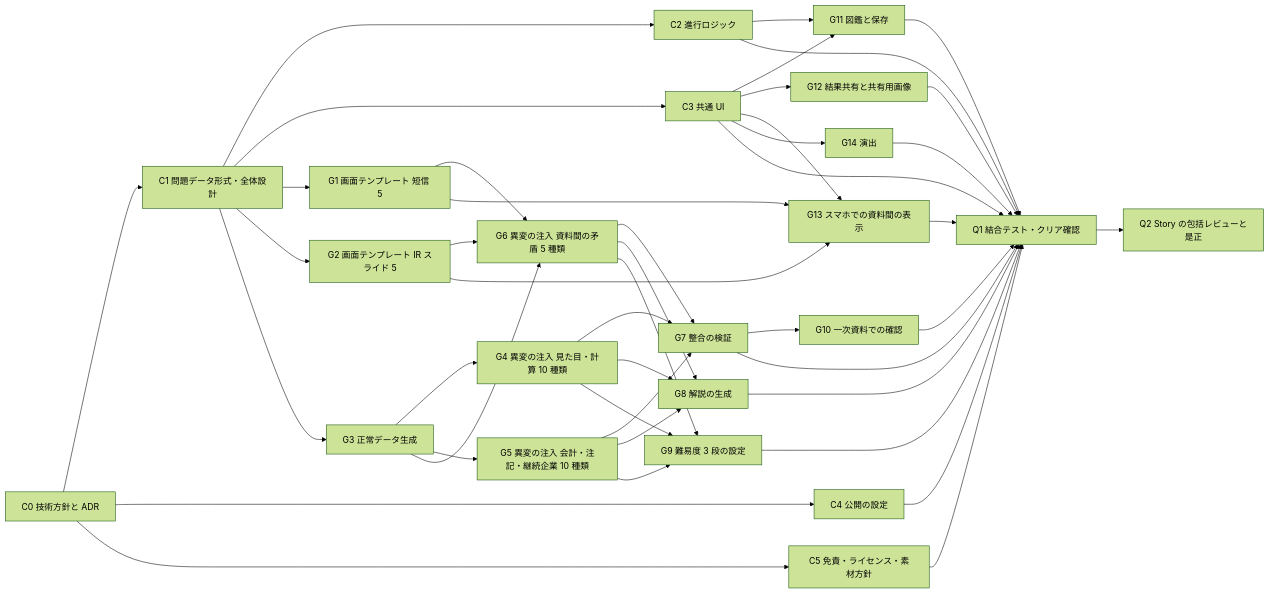
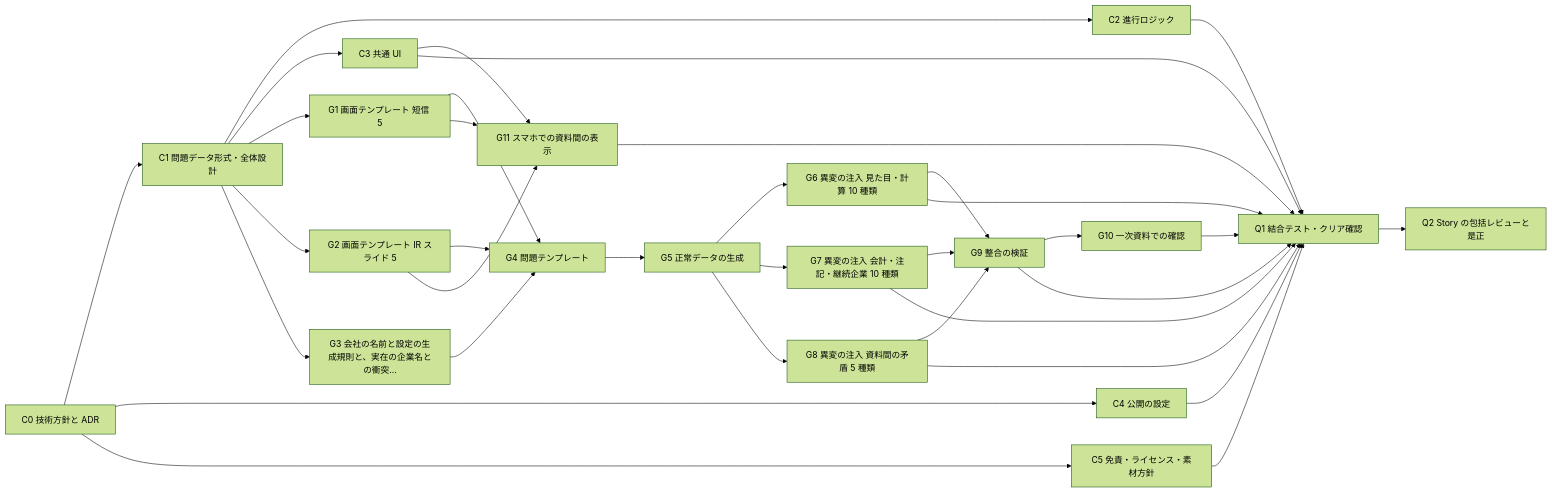
One commit to calliope-pro/kessan-8 changed the third of 3 diagrams in docs/plans/plan-comparison.md. Above: the diagram before and after it, drawn with Mermaid (forest theme). The commit also changed other lines of this file and 1 other file, not shown here.

````diff
--- a/docs/plans/plan-comparison.md
+++ b/docs/plans/plan-comparison.md
@@ -268,68 +273,55 @@
 ```mermaid
 flowchart LR
   CC0["C0 技術方針と ADR"]
   CC1["C1 問題データ形式・全体設計"]
   CC2["C2 進行ロジック"]
   CC3["C3 共通 UI"]
   CC4["C4 公開の設定"]
   CC5["C5 免責・ライセンス・素材方針"]
   CG1["G1 画面テンプレート 短信 5"]
   CG2["G2 画面テンプレート IR スライド 5"]
-  CG3["G3 正常データ生成"]
-  CG4["G4 異変の注入 見た目・計算 10 種類"]
-  CG5["G5 異変の注入 会計・注記・継続企業 10 種類"]
-  CG6["G6 異変の注入 資料間の矛盾 5 種類"]
-  CG7["G7 整合の検証"]
-  CG8["G8 解説の生成"]
-  CG9["G9 難易度 3 段の設定"]
+  CG3["G3 会社の名前と設定の生成規則と、実在の企業名との衝突…"]
+  CG4["G4 問題テンプレート"]
+  CG5["G5 正常データの生成"]
+  CG6["G6 異変の注入 見た目・計算 10 種類"]
+  CG7["G7 異変の注入 会計・注記・継続企業 10 種類"]
+  CG8["G8 異変の注入 資料間の矛盾 5 種類"]
+  CG9["G9 整合の検証"]
   CG10["G10 一次資料での確認"]
-  CG11["G11 図鑑と保存"]
-  CG12["G12 結果共有と共有用画像"]
-  CG13["G13 スマホでの資料間の表示"]
-  CG14["G14 演出"]
+  CG11["G11 スマホでの資料間の表示"]
   CQ1["Q1 結合テスト・クリア確認"]
   CQ2["Q2 Story の包括レビューと是正"]
   CC0 --> CC1
   CC1 --> CC2
   CC1 --> CC3
   CC0 --> CC4
   CC0 --> CC5
   CC1 --> CG1
   CC1 --> CG2
   CC1 --> CG3
+  CG1 --> CG4
+  CG2 --> CG4
   CG3 --> CG4
-  CG3 --> CG5
-  CG3 --> CG6
-  CG1 --> CG6
-  CG2 --> CG6
-  CG4 --> CG7
+  CG4 --> CG5
+  CG5 --> CG6
   CG5 --> CG7
-  CG6 --> CG7
-  CG4 --> CG8
   CG5 --> CG8
-  CG6 --> CG8
-  CG4 --> CG9
-  CG5 --> CG9
   CG6 --> CG9
-  CG7 --> CG10
-  CC2 --> CG11
+  CG7 --> CG9
+  CG8 --> CG9
+  CG9 --> CG10
+  CG1 --> CG11
+  CG2 --> CG11
   CC3 --> CG11
-  CC3 --> CG12
-  CG1 --> CG13
-  CG2 --> CG13
-  CC3 --> CG13
-  CC3 --> CG14
+  CG6 --> CQ1
   CG7 --> CQ1
   CG8 --> CQ1
   CG9 --> CQ1
   CG10 --> CQ1
   CG11 --> CQ1
-  CG12 --> CQ1
-  CG13 --> CQ1
-  CG14 --> CQ1
   CC2 --> CQ1
   CC3 --> CQ1
   CC4 --> CQ1
   CC5 --> CQ1
   CQ1 --> CQ2
 ```
````
